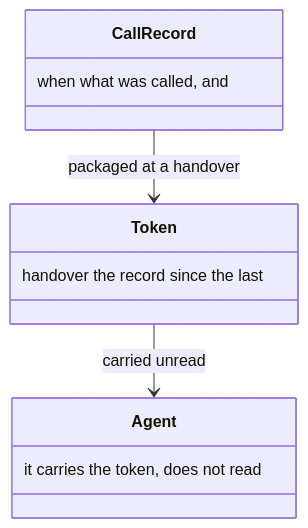
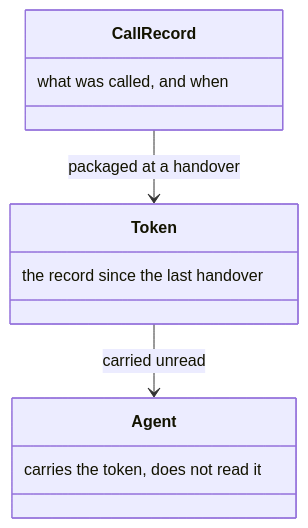
Diagram 14 of 16 in docs/fidelity.md (m2ux/workflow-server), drawn with Mermaid before and after one commit. The commit also changed other lines of this file and 10 other files, not shown here.

Commit message:
Write each class-box note in reading order so the diagram shows the phrase as written.

````diff
--- a/docs/fidelity.md
+++ b/docs/fidelity.md
@@ -348,14 +348,14 @@
 ```mermaid
 classDiagram
   class CallRecord {
-    when what was called, and
+    what was called, and when
   }
   class Token {
-    handover the record since the last
+    the record since the last handover
   }
   class Agent {
-    it carries the token, does not read
+    carries the token, does not read it
   }
   CallRecord --> Token : packaged at a handover
   Token --> Agent : carried unread
 ```
````
